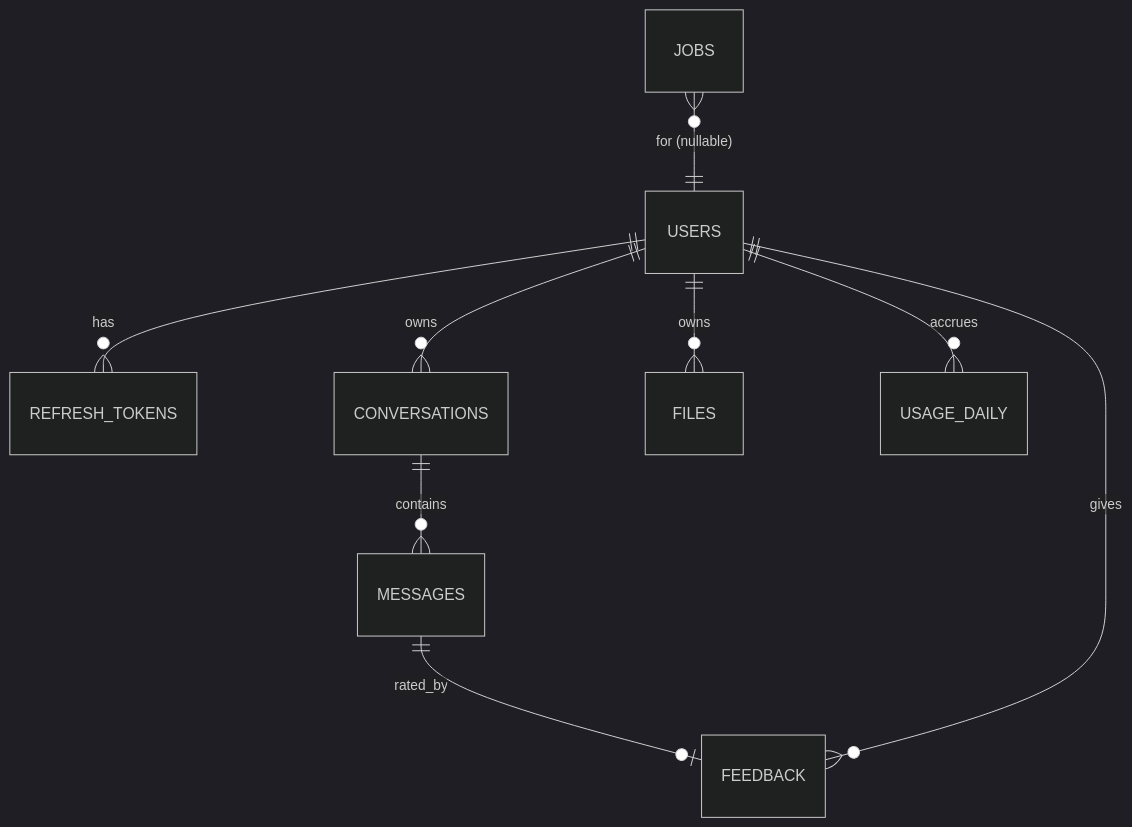
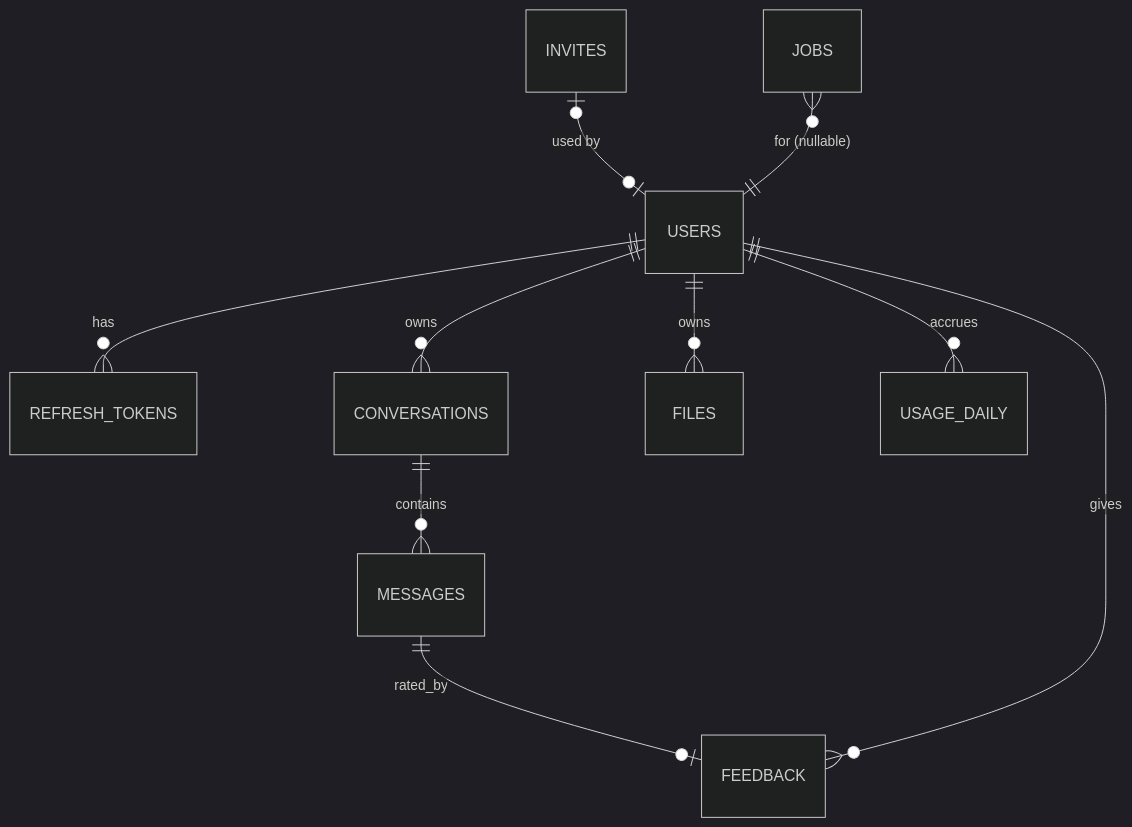
The second of 3 diagrams in docs/02_outputs/03_tech_architecture.md (dinesh24murali/nexus-ai), drawn with Mermaid (dark theme) before and after one commit. The commit also changed other lines of this file and 35 other files, not shown here.

````diff
--- a/docs/02_outputs/03_tech_architecture.md
+++ b/docs/02_outputs/03_tech_architecture.md
@@ -61,11 +58,12 @@
 ```mermaid
 erDiagram
   USERS ||--o{ REFRESH_TOKENS : has
+  INVITES |o--o| USERS : "used by"
   USERS ||--o{ CONVERSATIONS : owns
   USERS ||--o{ FILES : owns
   USERS ||--o{ USAGE_DAILY : accrues
   CONVERSATIONS ||--o{ MESSAGES : contains
   MESSAGES ||--o| FEEDBACK : rated_by
   USERS ||--o{ FEEDBACK : gives
   JOBS }o--|| USERS : "for (nullable)"
 ```
````
